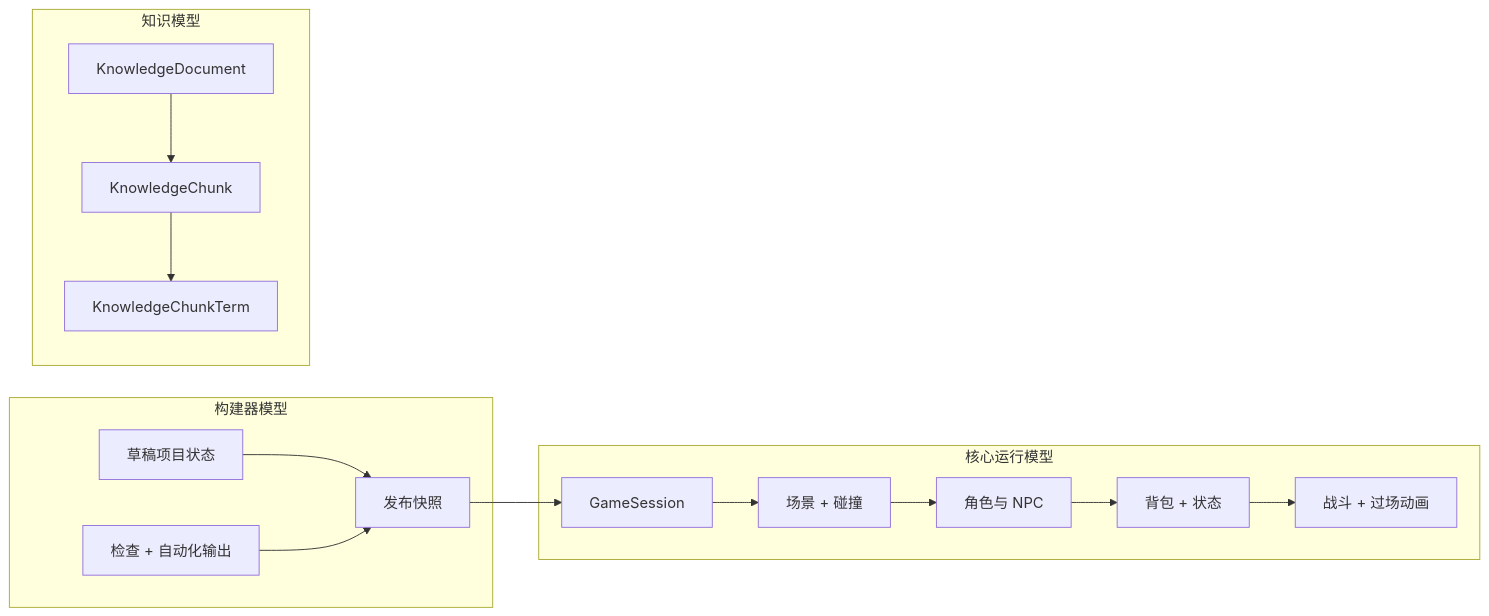
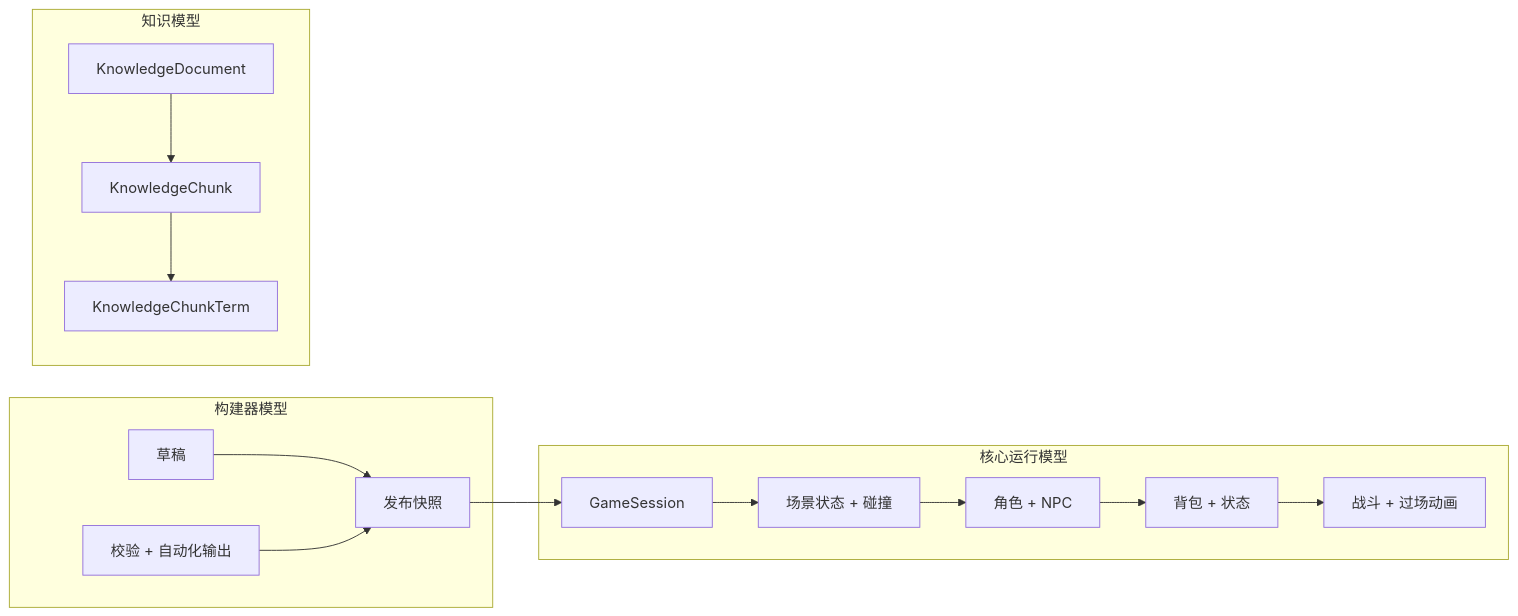
Diagram 12 of 16 in README.md (d4551/tea), drawn with Mermaid before and after one commit. The commit also changed other lines of this file and 2 other files, not shown here.

````diff
--- a/README.md
+++ b/README.md
@@ -493,28 +628,28 @@
 ```mermaid
 flowchart LR
   subgraph 核心运行模型["核心运行模型"]
     GS["GameSession"]
-    SC["场景 + 碰撞"]
-    AC["角色与 NPC"]
+    SC["场景状态 + 碰撞"]
+    AC["角色 + NPC"]
     IV["背包 + 状态"]
     CB["战斗 + 过场动画"]
   end
 
   subgraph 构建器模型["构建器模型"]
-    DR["草稿项目状态"]
+    DR["草稿"]
     RL["发布快照"]
-    CH["检查 + 自动化输出"]
+    CH["校验 + 自动化输出"]
   end
 
   subgraph 知识模型["知识模型"]
     KD["KnowledgeDocument"]
     KC["KnowledgeChunk"]
     KT["KnowledgeChunkTerm"]
   end
 
   DR --> RL --> GS
   CH --> RL
   GS --> SC --> AC
   AC --> IV --> CB
   KD --> KC --> KT
 ```
````
